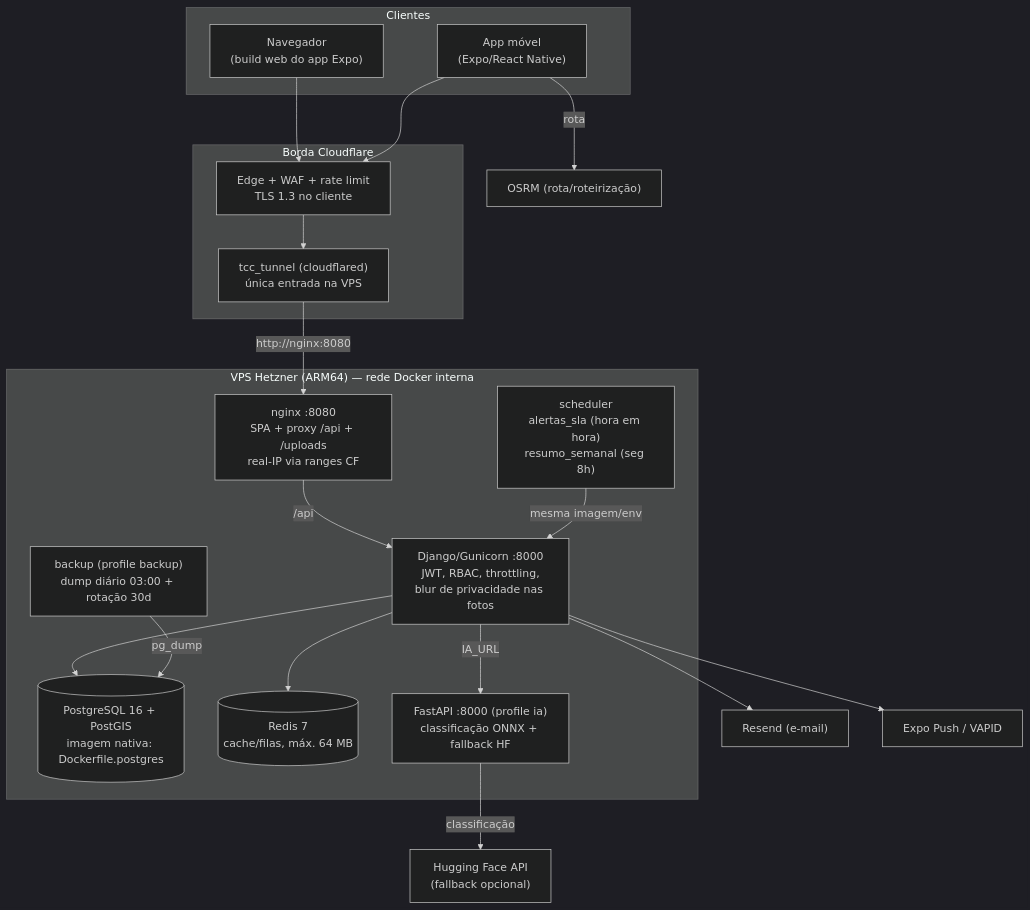
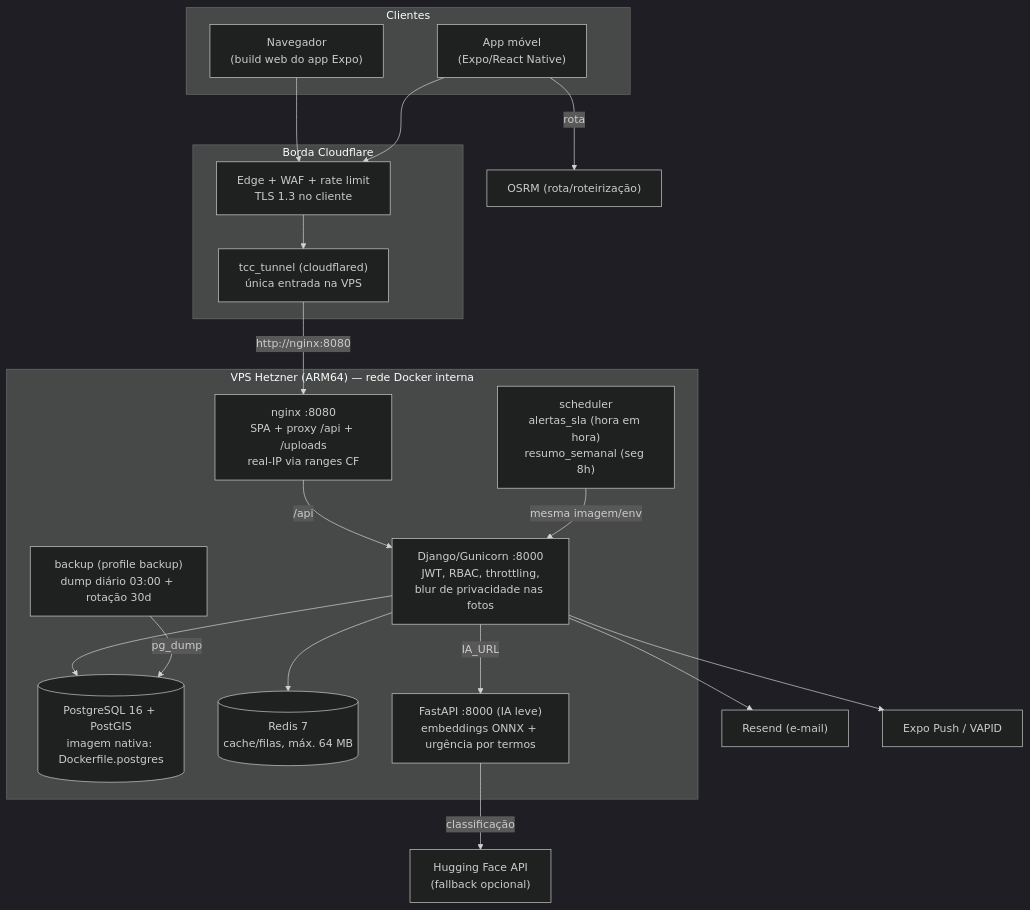
The first of 3 diagrams in docs/arquitetura/diagramas.md (josemurilors/tcc-manutencao-urbana), drawn with Mermaid (dark theme) before and after one commit. The commit also changed 13 other files, not shown here.

````diff
--- a/docs/arquitetura/diagramas.md
+++ b/docs/arquitetura/diagramas.md
@@ -9,42 +9,42 @@
 ```mermaid
 flowchart TB
     subgraph clientes["Clientes"]
         W["Navegador<br/>(build web do app Expo)"]
         M["App móvel<br/>(Expo/React Native)"]
     end
 
     subgraph CF["Borda Cloudflare"]
         EDGE["Edge + WAF + rate limit<br/>TLS 1.3 no cliente"]
         TUN["tcc_tunnel (cloudflared)<br/>única entrada na VPS"]
     end
 
     subgraph VPS["VPS Hetzner (ARM64) — rede Docker interna"]
         NG["nginx :8080<br/>SPA + proxy /api + /uploads<br/>real-IP via ranges CF"]
         BE["Django/Gunicorn :8000<br/>JWT, RBAC, throttling,<br/>blur de privacidade nas fotos"]
         SCH["scheduler<br/>alertas_sla (hora em hora)<br/>resumo_semanal (seg 8h)"]
         PG[("PostgreSQL 16 + PostGIS<br/>imagem nativa: Dockerfile.postgres")]
         RD[("Redis 7<br/>cache/filas, máx. 64 MB")]
-        IA["FastAPI :8000 (profile ia)<br/>classificação ONNX + fallback HF"]
+        IA["FastAPI :8000 (IA leve)<br/>embeddings ONNX + urgência por termos"]
         BK["backup (profile backup)<br/>dump diário 03:00 + rotação 30d"]
     end
 
     EXT1["Resend (e-mail)"]
     EXT2["Expo Push / VAPID"]
     EXT3["Hugging Face API<br/>(fallback opcional)"]
     EXT4["OSRM (rota/roteirização)"]
 
     W --> EDGE
     M --> EDGE
     EDGE --> TUN
     TUN -->|"http://nginx:8080"| NG
     NG -->|/api| BE
     BE --> PG
     BE --> RD
     BE -->|IA_URL| IA
     IA -->|classificação| EXT3
     BE --> EXT1
     BE --> EXT2
     M -->|rota| EXT4
     SCH -->|mesma imagem/env| BE
     BK -->|pg_dump| PG
 ```
````
